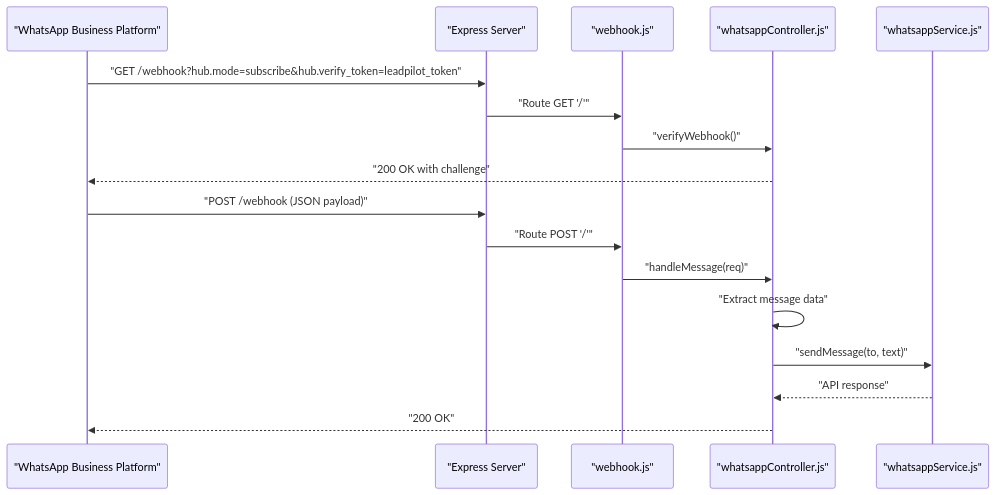
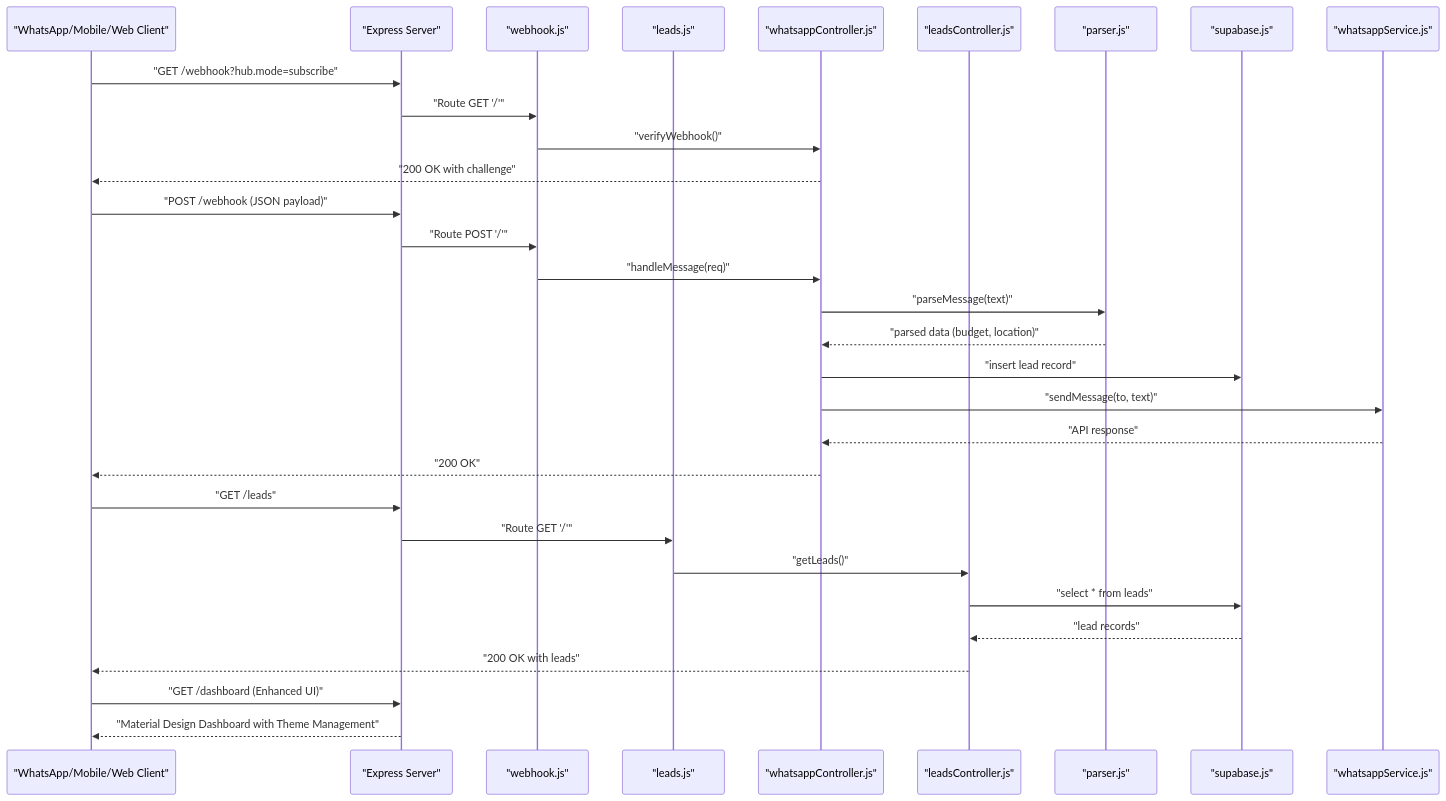
One commit to hariom-wdsadhunik/SaaS-Project changed the second of 4 diagrams in .qoder/repowiki/en/content/Development Guide.md. Above: the diagram before and after it, drawn with Mermaid. The commit also changed other lines of this file and 13 other files, not shown here.

First line of the commit message:
feat(api): integrate lead management and real-time dashboard UI

````diff
--- a/.qoder/repowiki/en/content/Development Guide.md
+++ b/.qoder/repowiki/en/content/Development Guide.md
@@ -82,19 +141,33 @@
 ```mermaid
 sequenceDiagram
-participant Client as "WhatsApp Business Platform"
+participant Client as "WhatsApp/Mobile/Web Client"
 participant Server as "Express Server"
-participant Router as "webhook.js"
-participant Controller as "whatsappController.js"
-participant Service as "whatsappService.js"
-Client->>Server : "GET /webhook?hub.mode=subscribe&hub.verify_token=leadpilot_token"
-Server->>Router : "Route GET '/'"
-Router->>Controller : "verifyWebhook()"
-Controller-->>Client : "200 OK with challenge"
+participant WebhookRouter as "webhook.js"
+participant LeadsRouter as "leads.js"
+participant WhatsAppController as "whatsappController.js"
+participant LeadsController as "leadsController.js"
+participant Parser as "parser.js"
+participant Supabase as "supabase.js"
+participant WhatsAppService as "whatsappService.js"
+Client->>Server : "GET /webhook?hub.mode=subscribe"
+Server->>WebhookRouter : "Route GET '/'"
+WebhookRouter->>WhatsAppController : "verifyWebhook()"
+WhatsAppController-->>Client : "200 OK with challenge"
 Client->>Server : "POST /webhook (JSON payload)"
-Server->>Router : "Route POST '/'"
-Router->>Controller : "handleMessage(req)"
-Controller->>Controller : "Extract message data"
-Controller->>Service : "sendMessage(to, text)"
-Service-->>Controller : "API response"
-Controller-->>Client : "200 OK"
+Server->>WebhookRouter : "Route POST '/'"
+WebhookRouter->>WhatsAppController : "handleMessage(req)"
+WhatsAppController->>Parser : "parseMessage(text)"
+Parser-->>WhatsAppController : "parsed data (budget, location)"
+WhatsAppController->>Supabase : "insert lead record"
+WhatsAppController->>WhatsAppService : "sendMessage(to, text)"
+WhatsAppService-->>WhatsAppController : "API response"
+WhatsAppController-->>Client : "200 OK"
+Client->>Server : "GET /leads"
+Server->>LeadsRouter : "Route GET '/'"
+LeadsRouter->>LeadsController : "getLeads()"
+LeadsController->>Supabase : "select * from leads"
+Supabase-->>LeadsController : "lead records"
+LeadsController-->>Client : "200 OK with leads"
+Client->>Server : "GET /dashboard (Enhanced UI)"
+Server-->>Client : "Material Design Dashboard with Theme Management"
 ```
````
